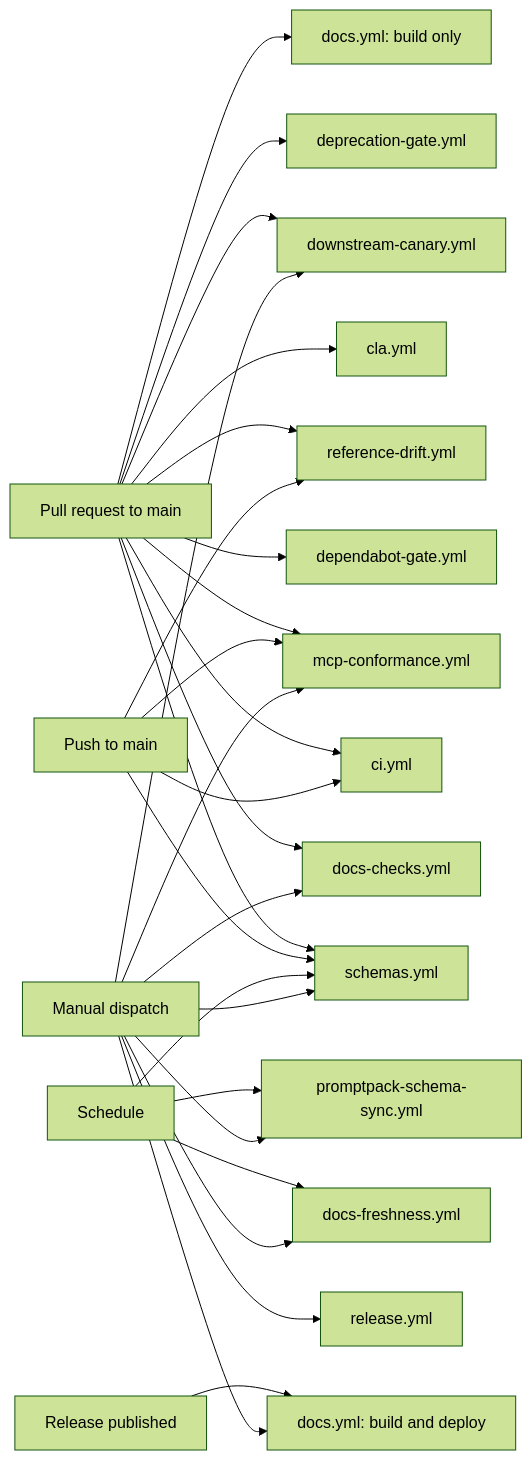
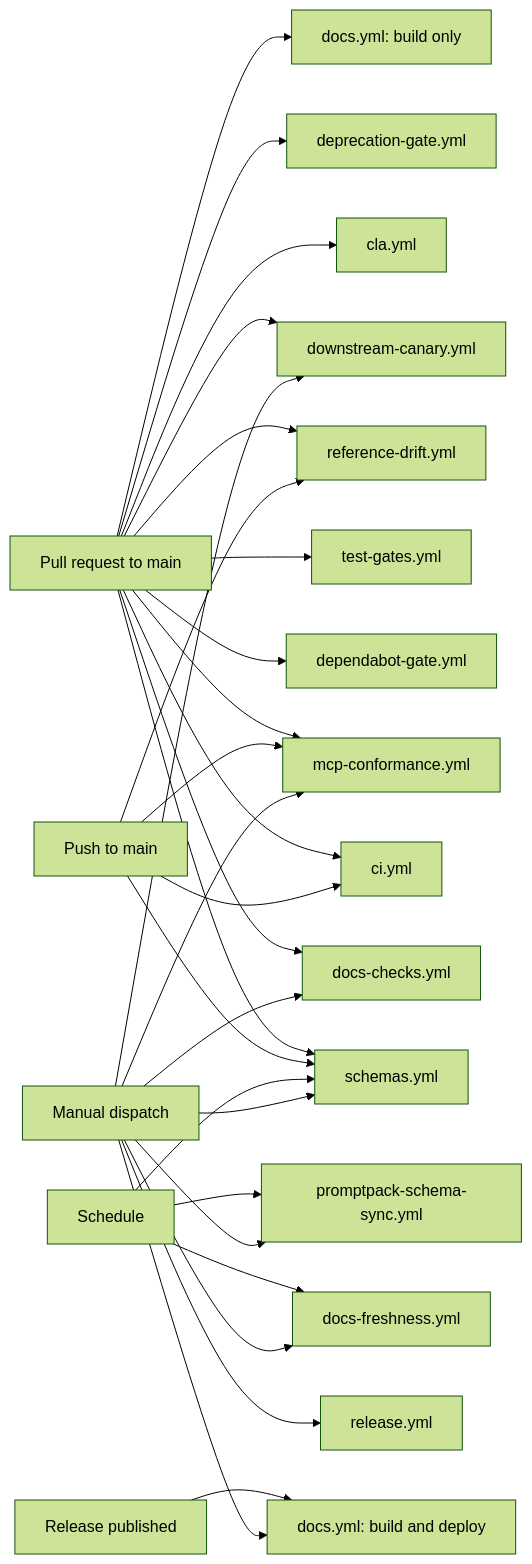
The first of 6 diagrams in docs/src/content/docs/devops/ci-cd-diagrams.md (AltairaLabs/PromptKit), drawn with Mermaid (forest theme) before and after one commit. The commit also changed other lines of this file and 7 other files, not shown here.

````diff
--- a/docs/src/content/docs/devops/ci-cd-diagrams.md
+++ b/docs/src/content/docs/devops/ci-cd-diagrams.md
@@ -21,39 +21,40 @@
 ```mermaid
 flowchart LR
     PR[Pull request to main]
     PUSH[Push to main]
     REL[Release published]
     CRON[Schedule]
     DISP[Manual dispatch]
 
     PR --> ci[ci.yml]
     PR --> gate[dependabot-gate.yml]
+    PR --> tgates[test-gates.yml]
     PR --> cla[cla.yml]
     PR --> dep[deprecation-gate.yml]
     PR --> dchecks[docs-checks.yml]
     PR --> docs[docs.yml: build only]
     PR --> drift[reference-drift.yml]
     PR --> schemas[schemas.yml]
     PR --> mcp[mcp-conformance.yml]
     PR --> canary[downstream-canary.yml]
 
     PUSH --> ci
     PUSH --> drift
     PUSH --> schemas
     PUSH --> mcp
 
     REL --> docsdeploy[docs.yml: build and deploy]
 
     CRON --> schemas
     CRON --> sync[promptpack-schema-sync.yml]
     CRON --> fresh[docs-freshness.yml]
 
     DISP --> release[release.yml]
     DISP --> docsdeploy
     DISP --> dchecks
     DISP --> fresh
     DISP --> schemas
     DISP --> sync
     DISP --> mcp
     DISP --> canary
 ```
````
